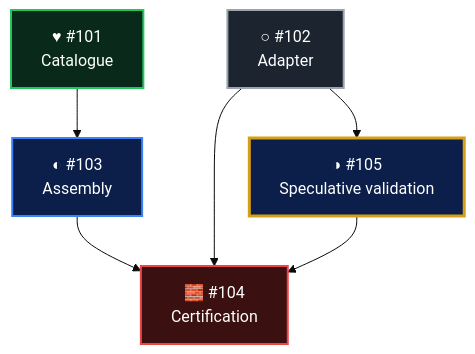
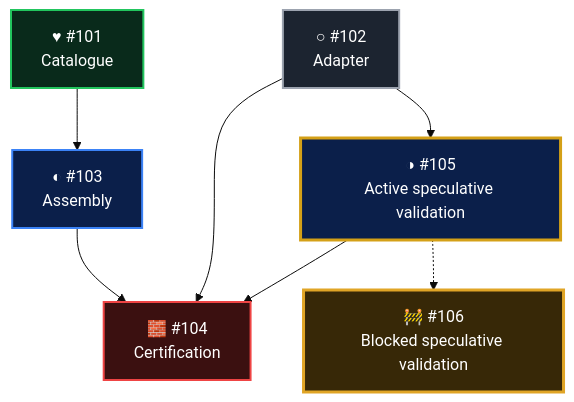
The diagram in WORK_GRAPH_VISUAL_CONVENTIONS.md (Ma-XX-oN/RepoWorkflow), drawn with Mermaid (base theme) before and after one commit. The commit also changed other lines of this file, not shown here.

Commit message:
docs: add blocked speculative PG status

````diff
--- a/WORK_GRAPH_VISUAL_CONVENTIONS.md
+++ b/WORK_GRAPH_VISUAL_CONVENTIONS.md
@@ -112,26 +115,30 @@
 ```mermaid
 flowchart TD
     A["♥ #101<br/>Catalogue"]
     B["○ #102<br/>Adapter"]
     C["◐ #103<br/>Assembly"]
     D["🧱 #104<br/>Certification"]
-    E["◑ #105<br/>Speculative validation"]
+    E["◑ #105<br/>Active speculative validation"]
+    F["🚧 #106<br/>Blocked speculative validation"]
 
     A --> C
     B --> D
     C --> D
     B --> E
     E --> D
+    E -.-> F
 
     classDef done fill:#092A1B,stroke:#22C55E,color:#FFFFFF,stroke-width:2px
     classDef active fill:#0B1F4A,stroke:#3B82F6,color:#FFFFFF,stroke-width:2px
     classDef speculative fill:#0B1F4A,stroke:#D4A017,color:#FFFFFF,stroke-width:3px
+    classDef blockedSpeculative fill:#372807,stroke:#E0A526,color:#FFFFFF,stroke-width:3px
     classDef blocked fill:#3B1010,stroke:#EF4444,color:#FFFFFF,stroke-width:2px
     classDef notstarted fill:#1C2430,stroke:#9CA3AF,color:#FFFFFF,stroke-width:2px
 
     class A done
     class B notstarted
     class C active
     class D blocked
     class E speculative
+    class F blockedSpeculative
 ```
````
